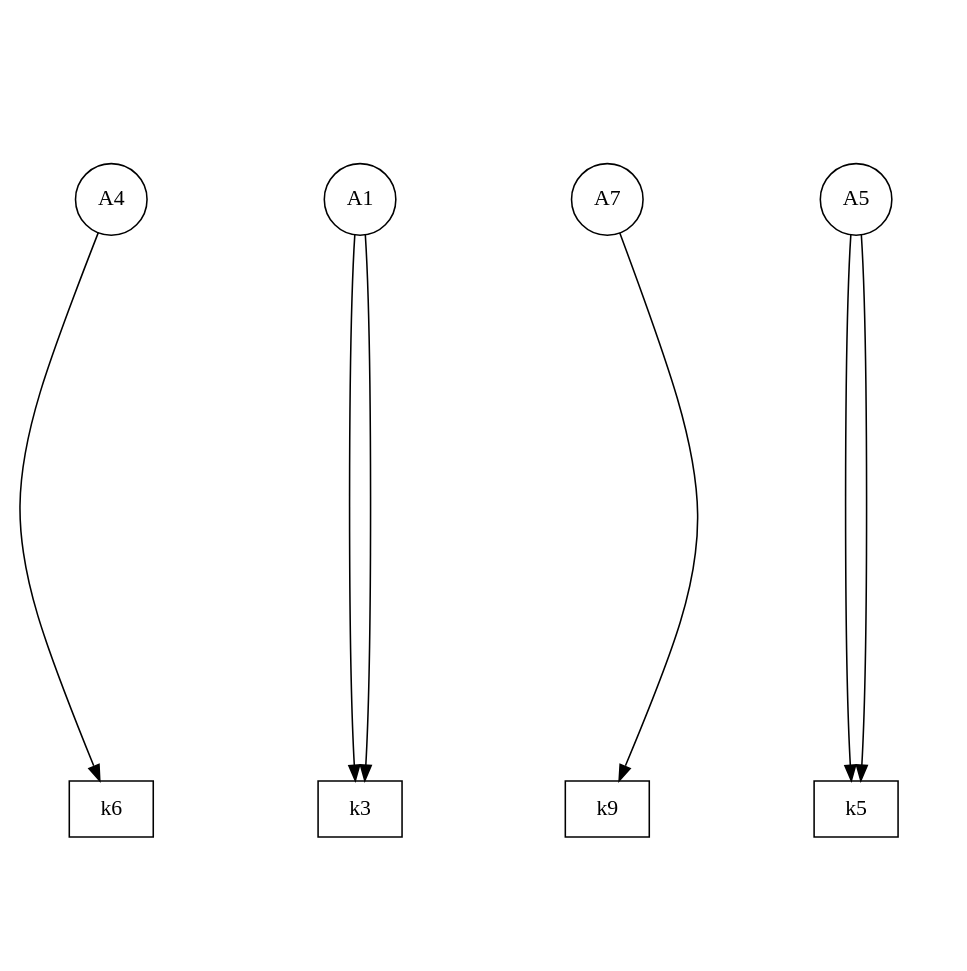
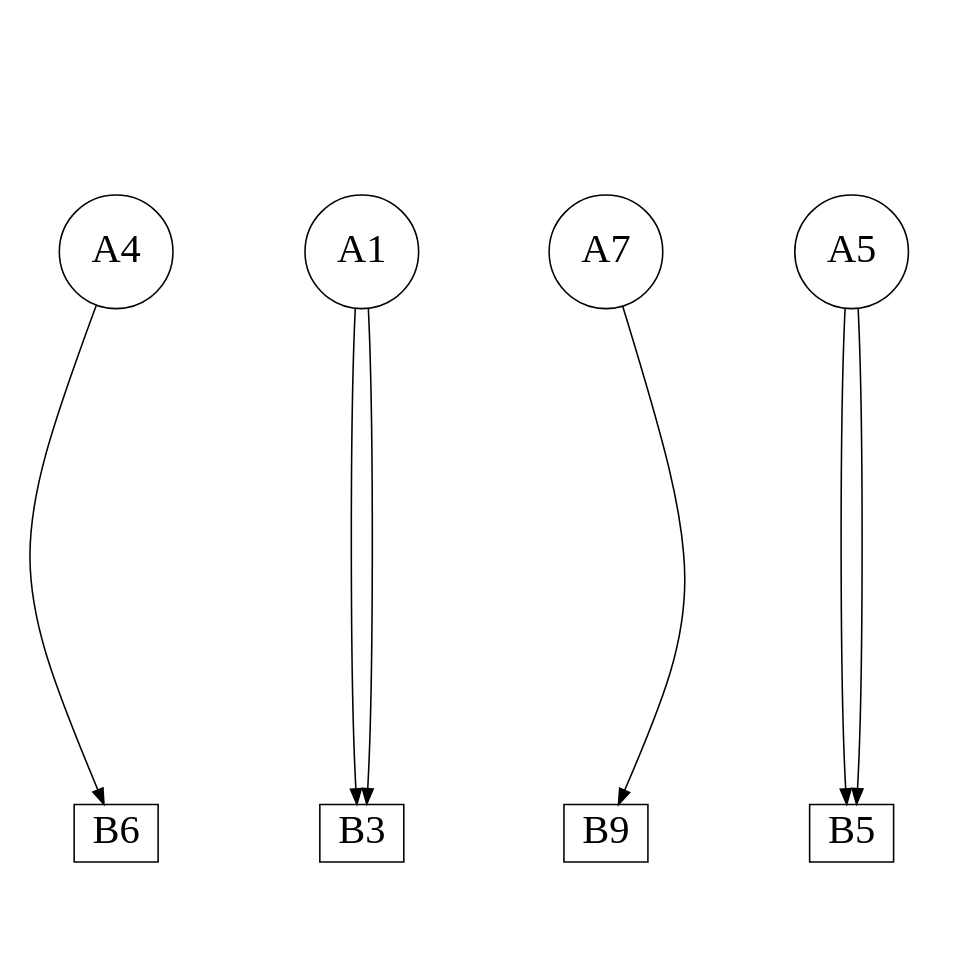
The diagram in glycolysis_gluconeogenesis_switch/order_4/glycolysis_mechanism_order_4_frag_5_sg_4.dot (gratelpy/gratelpy-supplementary-information), drawn with Graphviz before and after one commit. The commit also changed 618 other files, not shown here.

```diff
--- a/glycolysis_gluconeogenesis_switch/order_4/glycolysis_mechanism_order_4_frag_5_sg_4.dot
+++ b/glycolysis_gluconeogenesis_switch/order_4/glycolysis_mechanism_order_4_frag_5_sg_4.dot
@@ -1,22 +1,21 @@
 strict digraph G {
 remincross="true";
 ratio="fill";
 splines="curved";
 overlap="true";
-fontsize="26";
 size="8.3,8.3";
-A4 [shape="circle", pos="160.0,280.0!"];
-A1 [shape="circle", pos="236.0,200.0!"];
-A7 [shape="circle", pos="325.0,120.0!"];
-A5 [shape="circle", pos="160.0,120.0!"];
-k6 [shape="box", pos="120.0,200.0!"];
-k5 [shape="box", pos="200.0,160.0!"];
-k3 [shape="box", pos="280.0,240.0!"];
-k9 [shape="box", pos="360.0,40.0!"];
-A5 -> k5;
-A1 -> k3;
-k5 -> A5;
-k3 -> A1;
-A7 -> k9;
-A4 -> k6;
+A4 [shape="circle", fontsize=26, pos="160.0,280.0!"];
+A1 [shape="circle", fontsize=26, pos="236.0,200.0!"];
+A7 [shape="circle", fontsize=26, pos="325.0,120.0!"];
+A5 [shape="circle", fontsize=26, pos="160.0,120.0!"];
+B6 [shape="box", fontsize=26, pos="120.0,200.0!"];
+B5 [shape="box", fontsize=26, pos="200.0,160.0!"];
+B3 [shape="box", fontsize=26, pos="280.0,240.0!"];
+B9 [shape="box", fontsize=26, pos="360.0,40.0!"];
+A5 -> B5;
+A1 -> B3;
+B5 -> A5;
+B3 -> A1;
+A7 -> B9;
+A4 -> B6;
 }
```
